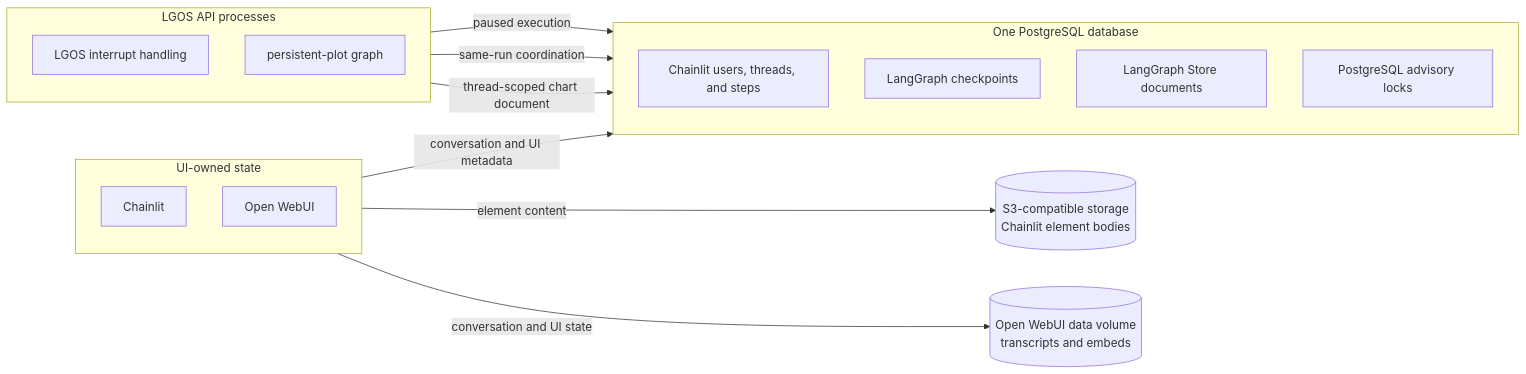
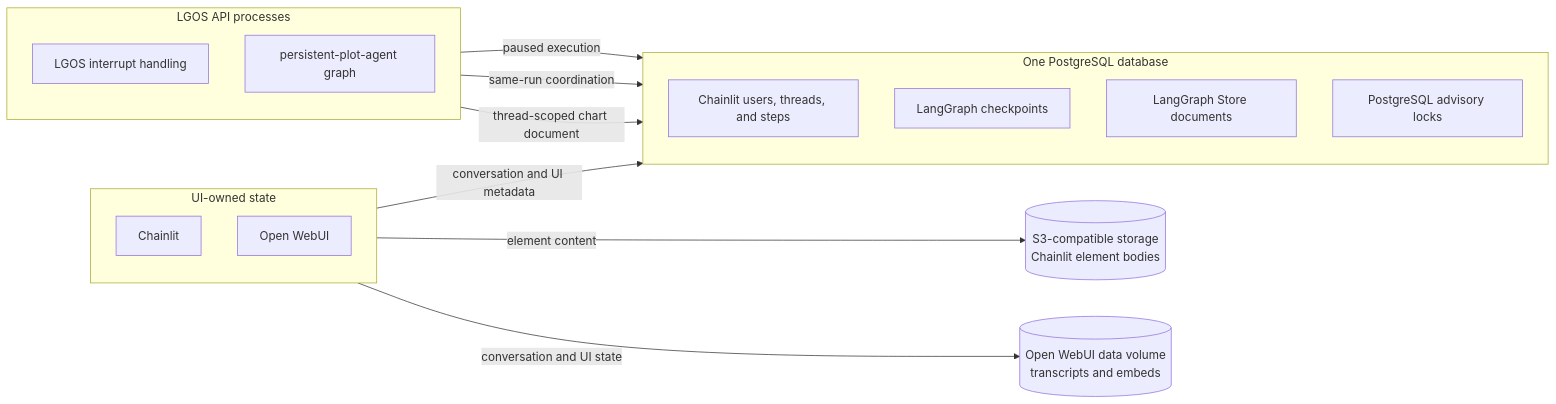
Before and after one commit to ilkersigirci/langgraph-openai-serve: the second of 2 diagrams in docs/demo/architecture.md, drawn with Mermaid. The commit also changed other lines of this file and 49 other files, not shown here.

First line of the commit message:
feat: persistent_plot_agent added

````diff
--- a/docs/demo/architecture.md
+++ b/docs/demo/architecture.md
@@ -56,32 +56,32 @@
 ```mermaid
 flowchart LR
   subgraph clients["UI-owned state"]
     direction TB
     chainlit["Chainlit"]
     openwebui["Open WebUI"]
   end
 
   subgraph api["LGOS API processes"]
     direction TB
     interrupts["LGOS interrupt handling"]
-    plot["persistent-plot graph"]
+    plot["persistent-plot-agent graph"]
   end
 
   subgraph postgres["One PostgreSQL database"]
     direction TB
     chainlit_rows["Chainlit users, threads, and steps"]
     checkpoints["LangGraph checkpoints"]
     store["LangGraph Store documents"]
     locks["PostgreSQL advisory locks"]
   end
 
   s3[("S3-compatible storage<br/>Chainlit element bodies")]
   openwebui_data[("Open WebUI data volume<br/>transcripts and embeds")]
 
   chainlit -->|"conversation and UI metadata"| chainlit_rows
   chainlit -->|"element content"| s3
   openwebui -->|"conversation and UI state"| openwebui_data
   interrupts -->|"paused execution"| checkpoints
   interrupts -->|"same-run coordination"| locks
   plot -->|"thread-scoped chart document"| store
 ```
````
